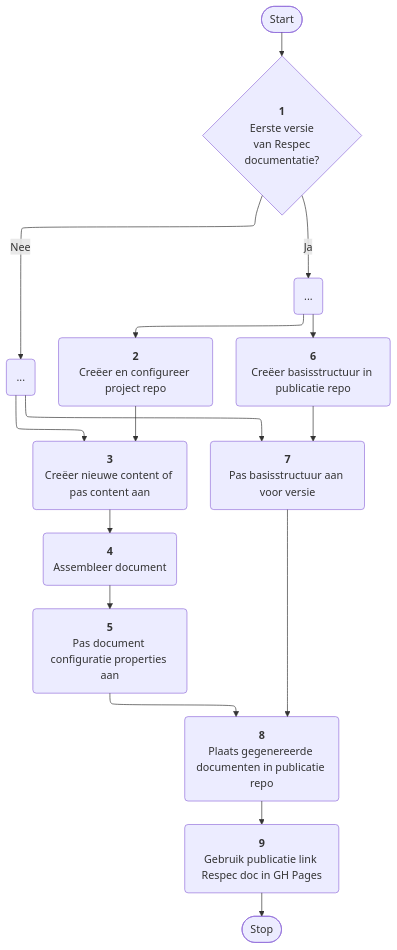
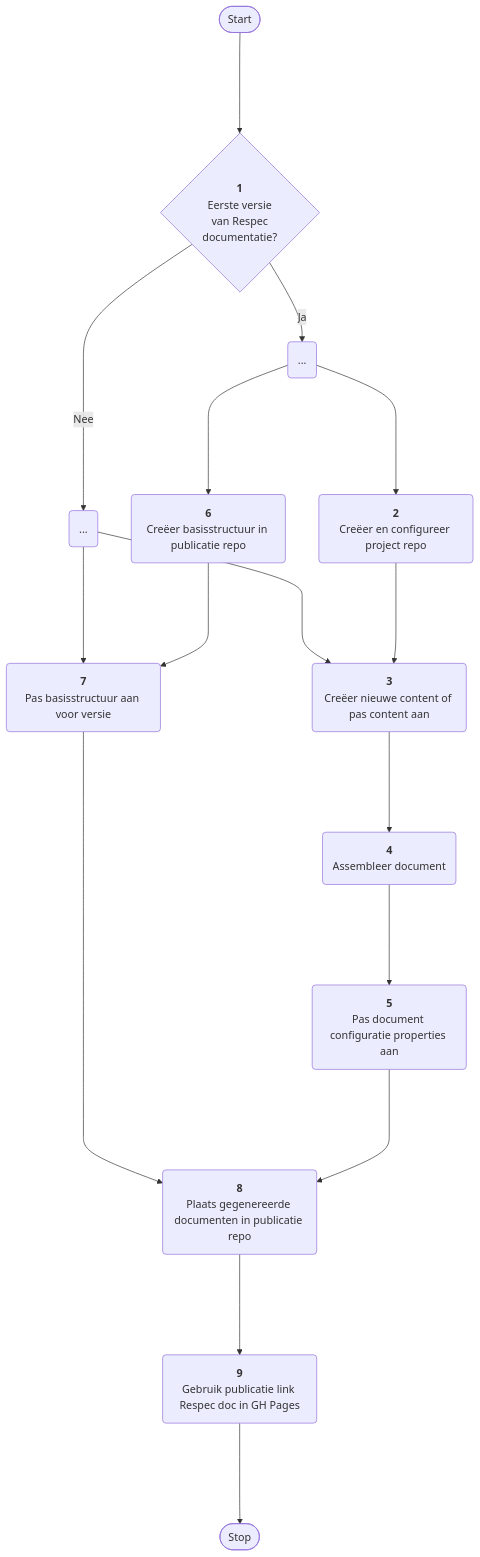
Before and after one commit to VNG-Realisatie/VNG-R-Respec-Template: the first of 8 diagrams in mermaid.md, drawn with Mermaid. The commit also changed other lines of this file, not shown here.

````diff
--- a/mermaid.md
+++ b/mermaid.md
@@ -7,19 +7,18 @@
 ```mermaid
-%%{init: {"flowchart": {"defaultRenderer": "elk"}} }%%
 graph TD
     A([Start])---->B{"<b>1</b><br/>Eerste versie<br/>van Respec<br/>documentatie?"}
     B{"<b>1</b><br/>Eerste versie<br/>van Respec<br/>documentatie?"}--Nee-->C("...")
     C("...")---->D("<b>3</b><br/>Creëer nieuwe content of pas content aan")
     C("...")---->E("<b>5</b><br/>Pas basisstructuur aan voor versie")
     D("<b>3</b><br/>Creëer nieuwe content of pas content aan")---->I("<b>4</b><br/>Assembleer document")
     I("<b>4</b><br/>Assembleer document")---->J("<b>5</b><br/>Pas document configuratie properties aan")
     B{"<b>1</b><br/>Eerste versie<br/>van Respec<br/>documentatie?"}--Ja-->F("...")
     F("...")---->G("<b>2</b><br/>Creëer en configureer project repo")
     F("...")---->H("<b>6</b><br/>Creëer basisstructuur in publicatie repo")
     G("<b>2</b><br/>Creëer en configureer project repo")---->D("<b>3</b><br/>Creëer nieuwe content of pas content aan")
     H("<b>6</b><br/>Creëer basisstructuur in publicatie repo")---->E("<b>7</b><br/>Pas basisstructuur aan voor versie")
     E("<b>7</b><br/>Pas basisstructuur aan voor versie")---->K("<b>8</b><br/>Plaats gegenereerde documenten in publicatie repo")
     K("<b>8</b><br/>Plaats gegenereerde documenten in publicatie repo")---->L("<b>9</b><br/>Gebruik publicatie link Respec doc in GH Pages")
     J("<b>5</b><br/>Pas document configuratie properties aan")---->K("<b>8</b><br/>Plaats gegenereerde documenten in publicatie repo")
     L("<b>9</b><br/>Gebruik publicatie link Respec doc in GH Pages")---->M([Stop])
 ```
````
